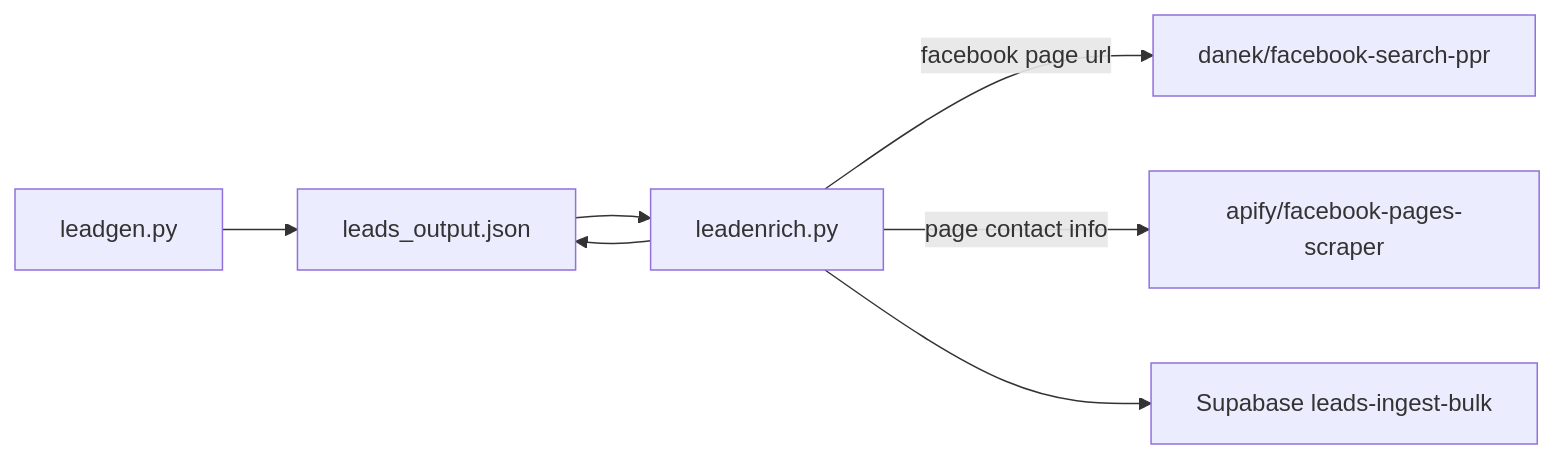
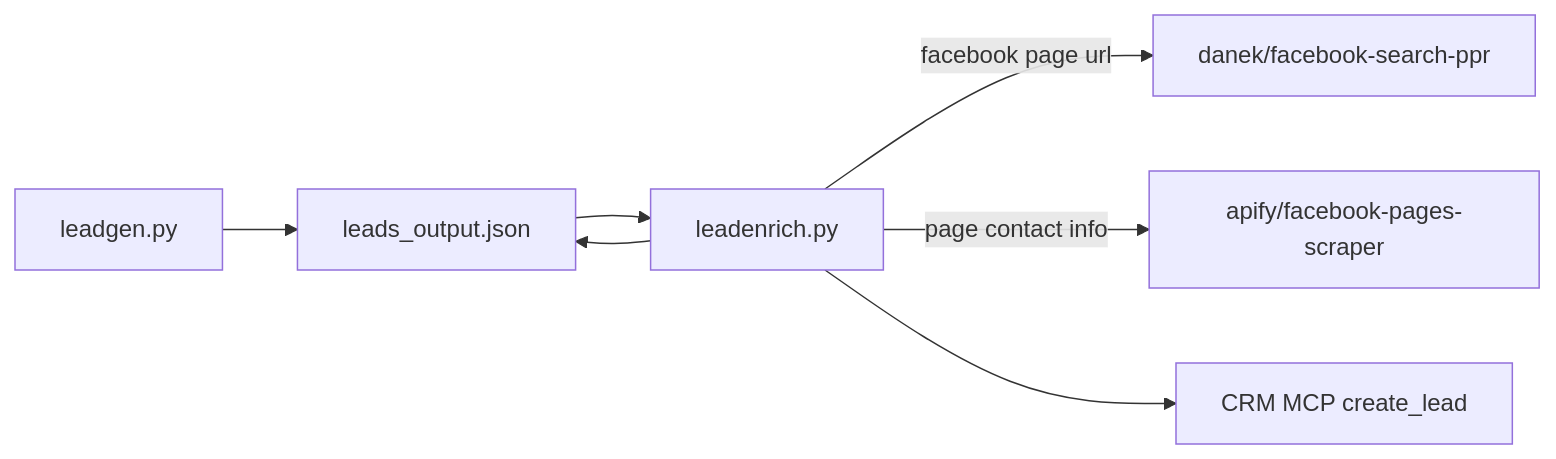
Before and after one commit to StaticxViper/cjm-dev: the diagram in documentation/scripts/leadenrich.md, drawn with Mermaid. The commit also changed other lines of this file and 14 other files, not shown here.

First line of the commit message:
Refactor lead automation to integrate CRM MCP for lead creation

````diff
--- a/documentation/scripts/leadenrich.md
+++ b/documentation/scripts/leadenrich.md
@@ -67,9 +67,9 @@
 ```mermaid
 flowchart LR
   leadgen[leadgen.py] --> jsonOut[leads_output.json]
   jsonOut --> enrich[leadenrich.py]
   enrich -->|facebook page url| search[danek/facebook-search-ppr]
   enrich -->|page contact info| pages[apify/facebook-pages-scraper]
   enrich --> jsonOut
-  enrich --> supabase[Supabase leads-ingest-bulk]
+  enrich --> crm[CRM MCP create_lead]
 ```
````
